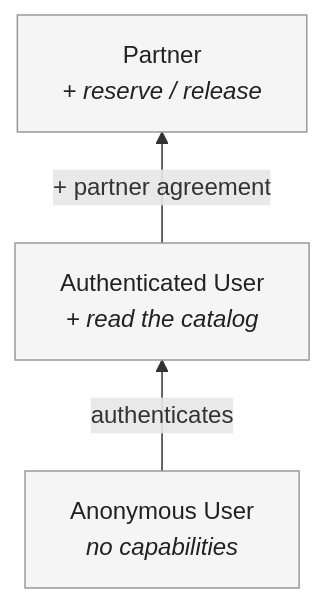
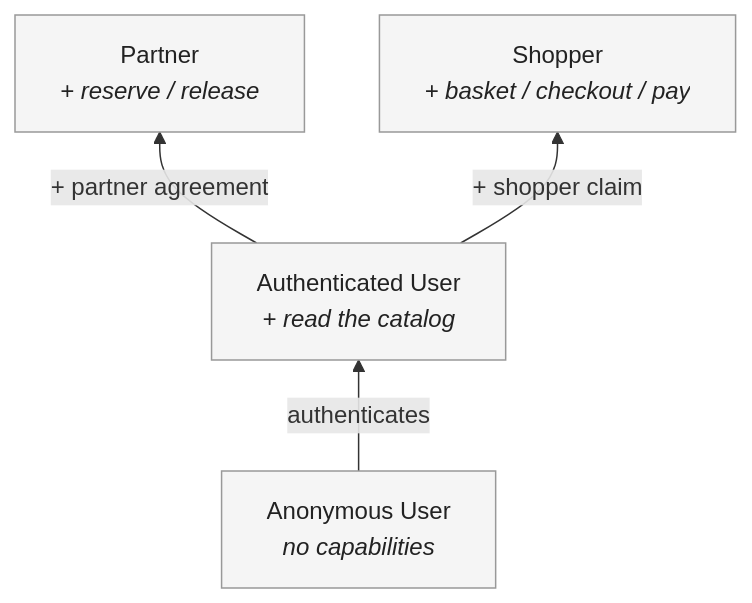
Before and after one commit to kieranpotts/specs: the diagram in specification/context/actors/README.md, drawn with Mermaid. The commit also changed other lines of this file and 20 other files, not shown here.

````diff
--- a/specification/context/actors/README.md
+++ b/specification/context/actors/README.md
@@ -48,12 +55,14 @@
 ```mermaid
 flowchart BT
     Anon["Anonymous User<br/><i>no capabilities</i>"]
     Auth["Authenticated User<br/><i>+ read the catalog</i>"]
     Partner["Partner<br/><i>+ reserve / release</i>"]
+    Shopper["Shopper<br/><i>+ basket / checkout / pay</i>"]
 
     Anon -->|"authenticates"| Auth
     Auth -->|"+ partner agreement"| Partner
+    Auth -->|"+ shopper claim"| Shopper
 
     classDef tier fill:#f5f5f5,stroke:#999,color:#222;
-    class Anon,Auth,Partner tier;
+    class Anon,Auth,Partner,Shopper tier;
 ```
````
